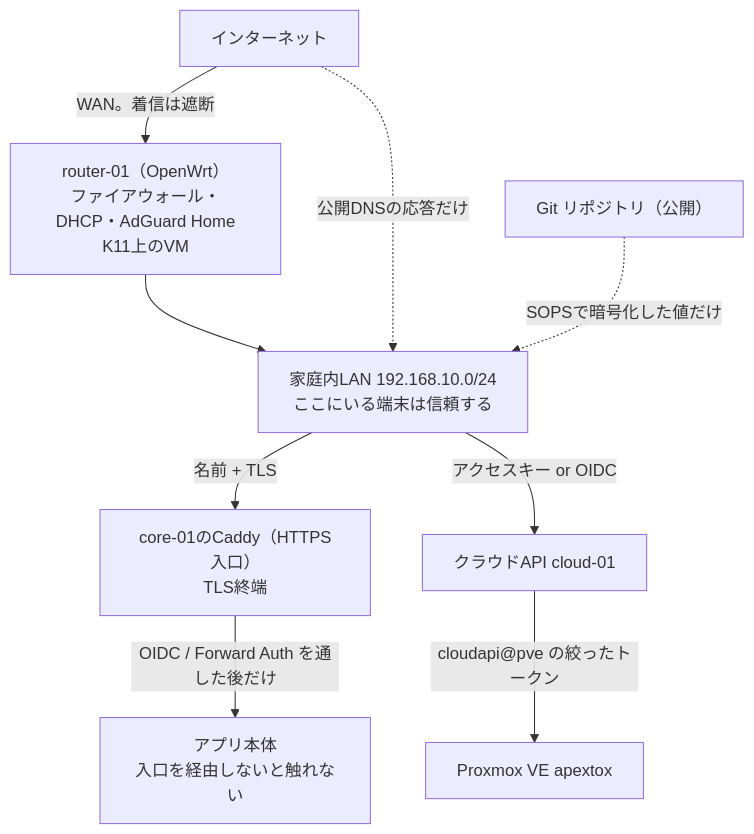
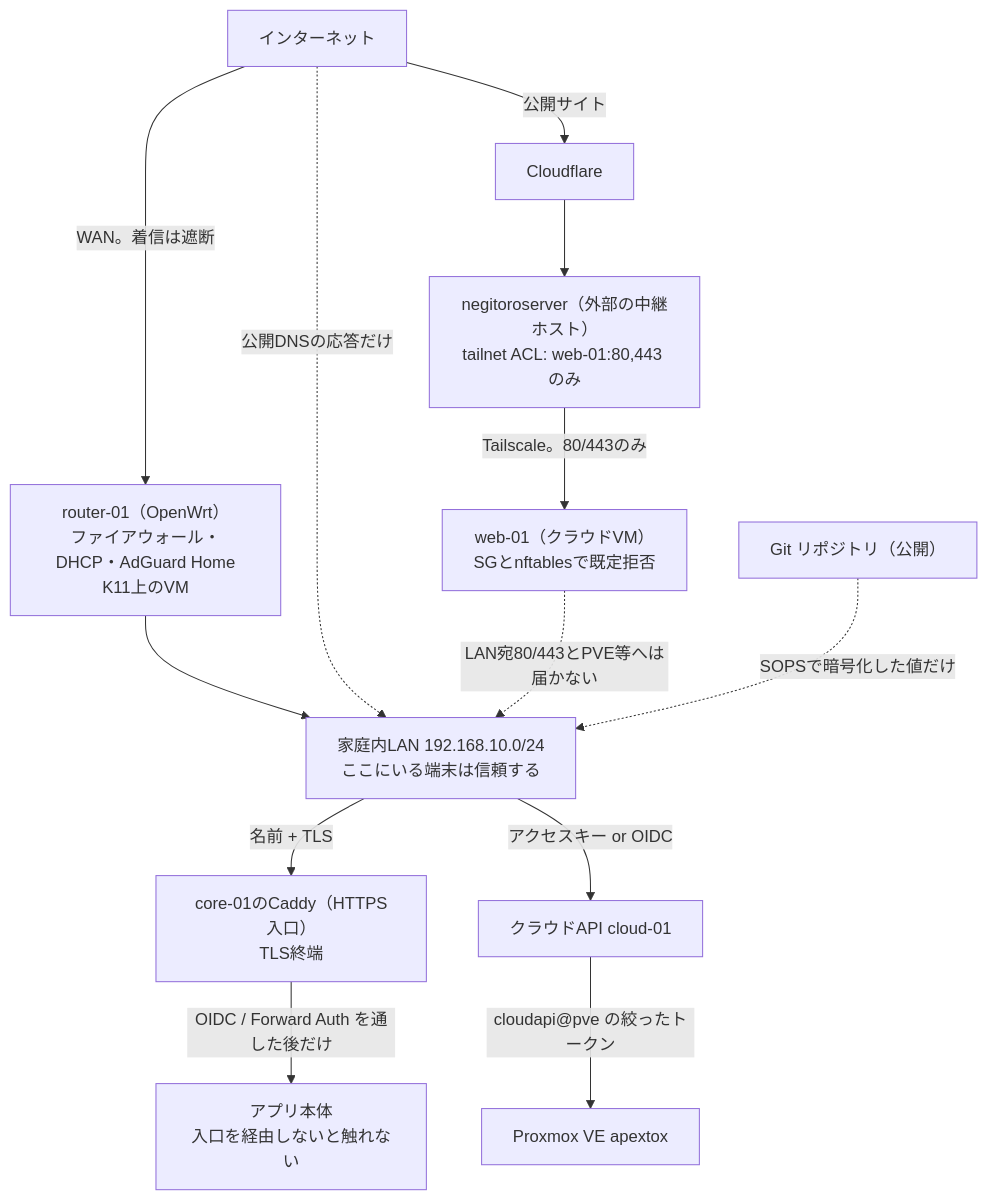
One commit to rurutheGeek/shake-cloud changed the diagram in docs/architecture/security.md. Above: the diagram before and after it, drawn with Mermaid. The commit also changed other lines of this file and 31 other files, not shown here.

````diff
--- a/docs/architecture/security.md
+++ b/docs/architecture/security.md
@@ -36,20 +37,27 @@
 ```mermaid
 flowchart TB
   net["インターネット"]
   router["router-01（OpenWrt）<br/>ファイアウォール・DHCP・AdGuard Home<br/>K11上のVM"]
   lan["家庭内LAN 192.168.10.0/24<br/>ここにいる端末は信頼する"]
   edge["core-01のCaddy（HTTPS入口）<br/>TLS終端"]
   app["アプリ本体<br/>入口を経由しないと触れない"]
   api["クラウドAPI cloud-01"]
   pve["Proxmox VE apextox"]
   git["Git リポジトリ（公開）"]
+  cf["Cloudflare"]
+  relay["negitoroserver（外部の中継ホスト）<br/>tailnet ACL: web-01:80,443 のみ"]
+  web["web-01（クラウドVM）<br/>SGとnftablesで既定拒否"]
 
   net -->|"WAN。着信は遮断"| router
   router --> lan
   net -. "公開DNSの応答だけ" .-> lan
+  net -->|"公開サイト"| cf
+  cf --> relay
+  relay -->|"Tailscale。80/443のみ"| web
+  web -. "LAN宛80/443とPVE等へは届かない" .-> lan
   lan -->|"名前 + TLS"| edge
   edge -->|"OIDC / Forward Auth を通した後だけ"| app
   lan -->|"アクセスキー or OIDC"| api
   api -->|"cloudapi@pve の絞ったトークン"| pve
   git -. "SOPSで暗号化した値だけ" .-> lan
 ```
````
